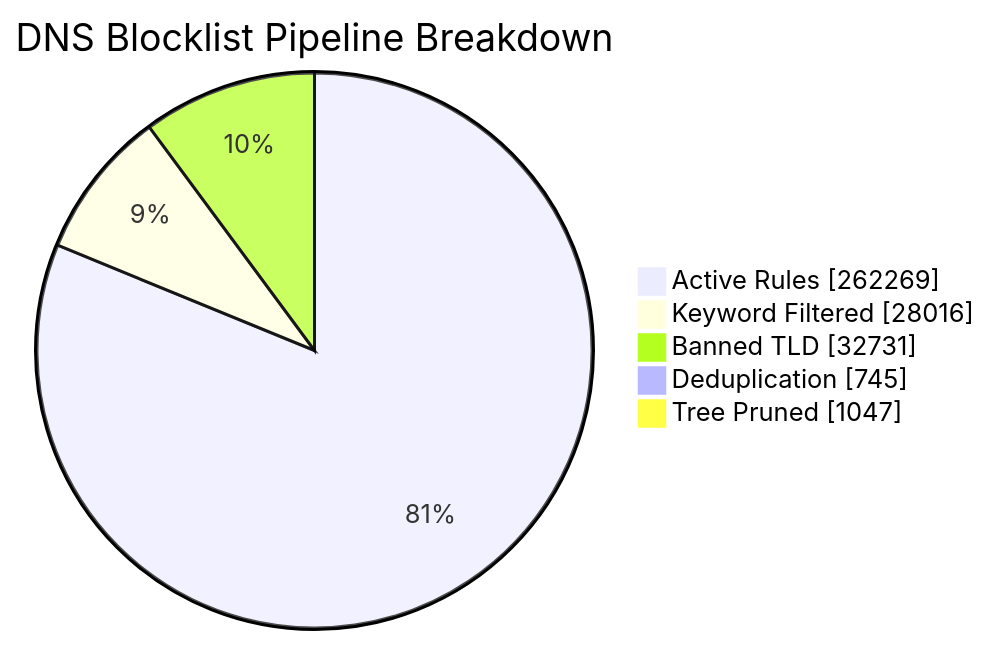
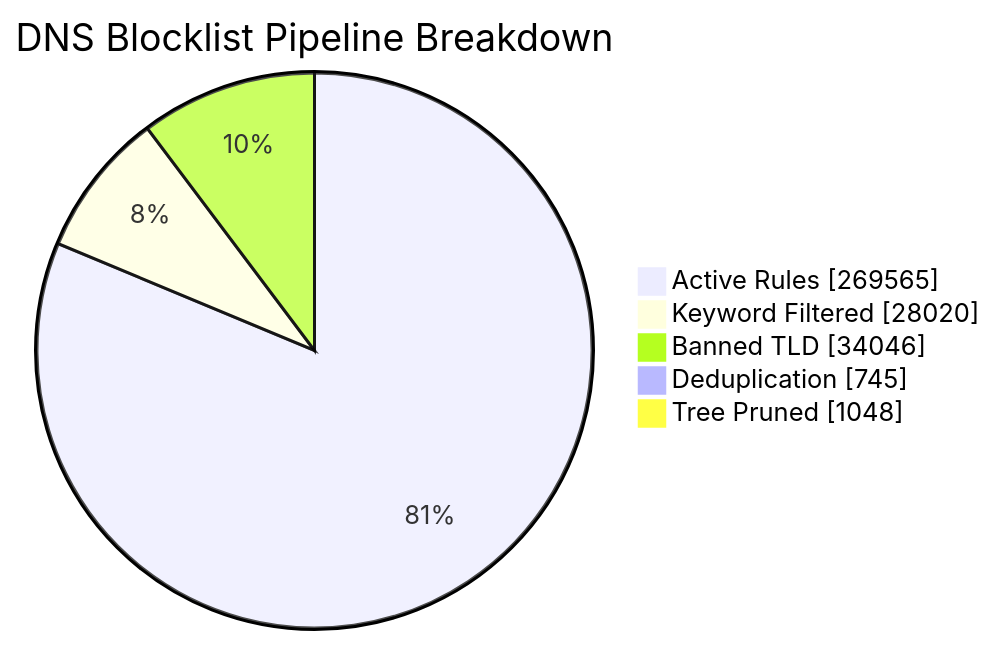
The first of 6 diagrams in README_STATS.md (brojangles24/Cloudflare-ZeroTrust-AdBlock), drawn with Mermaid before and after one commit. The commit also changed other lines of this file and 1 other file, not shown here.

````diff
--- a/README_STATS.md
+++ b/README_STATS.md
@@ -41,8 +41,8 @@
 ```mermaid
 pie showData title DNS Blocklist Pipeline Breakdown
-    "Active Rules"     : 262269
-    "Keyword Filtered" : 28016
-    "Banned TLD"       : 32731
+    "Active Rules"     : 269565
+    "Keyword Filtered" : 28020
+    "Banned TLD"       : 34046
     "Deduplication"    : 745
-    "Tree Pruned"      : 1047
+    "Tree Pruned"      : 1048
 ```
````
